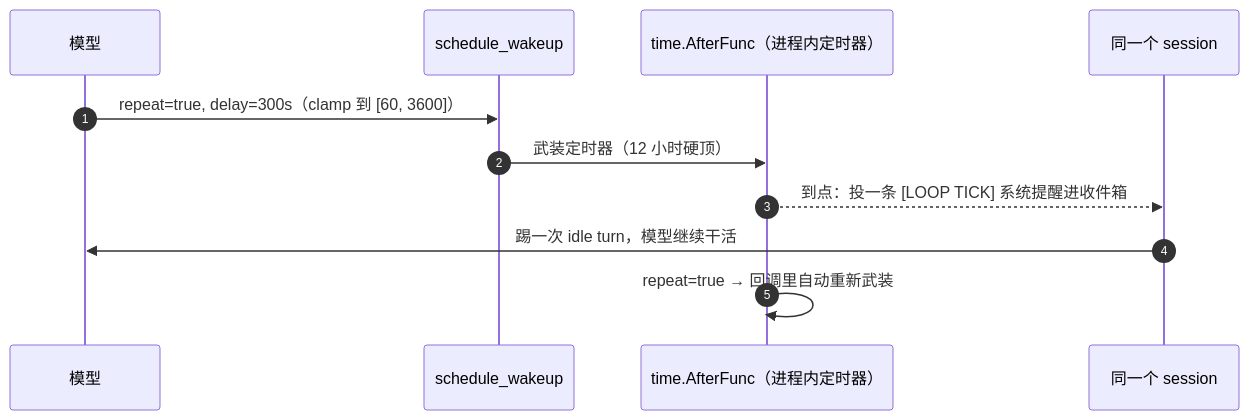
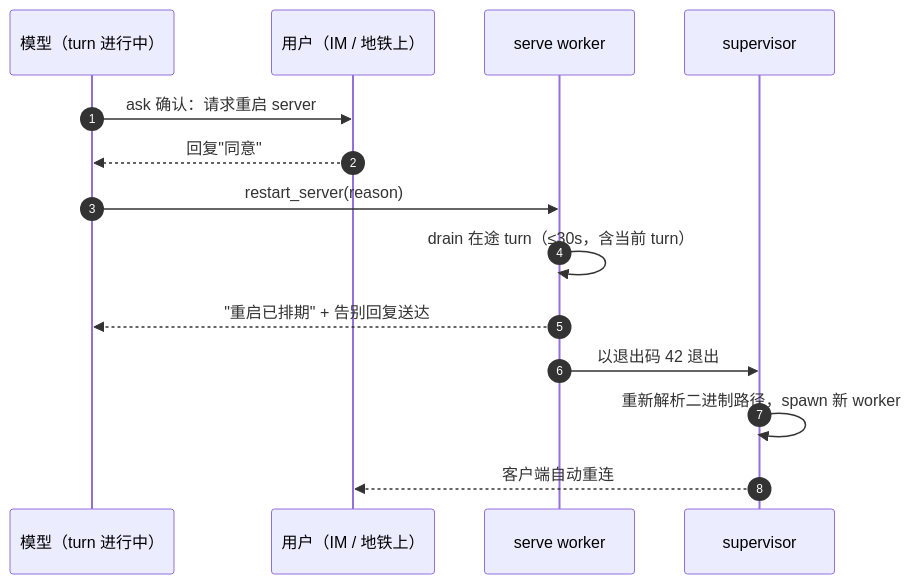
One commit to qwer233qq/octo-agent changed the fourth of 5 diagrams in blog/src/content/posts/zh/architecture-deep-dive.md. Above: the diagram before and after it, drawn with Mermaid. The commit also changed other lines of this file and 1 other file, not shown here.

````diff
--- a/blog/src/content/posts/zh/architecture-deep-dive.md
+++ b/blog/src/content/posts/zh/architecture-deep-dive.md
@@ -262,14 +216,16 @@
 ```mermaid
 sequenceDiagram
     autonumber
-    participant M as 模型
-    participant W as schedule_wakeup
-    participant T as time.AfterFunc（进程内定时器）
-    participant S as 同一个 session
-
-    M->>W: repeat=true, delay=300s（clamp 到 [60, 3600]）
-    W->>T: 武装定时器（12 小时硬顶）
-    T-->>S: 到点：投一条 [LOOP TICK] 系统提醒进收件箱
-    S->>M: 踢一次 idle turn，模型继续干活
-    T->>T: repeat=true → 回调里自动重新武装
+    participant M as 模型（turn 进行中）
+    participant U as 用户（IM / 地铁上）
+    participant W as serve worker
+    participant S as supervisor
+    M->>U: ask 确认：请求重启 server
+    U-->>M: 回复"同意"
+    M->>W: restart_server(reason)
+    W->>W: drain 在途 turn（≤30s，含当前 turn）
+    W-->>M: "重启已排期" + 告别回复送达
+    W->>S: 以退出码 42 退出
+    S->>S: 重新解析二进制路径，spawn 新 worker
+    S-->>U: 客户端自动重连
 ```
````
